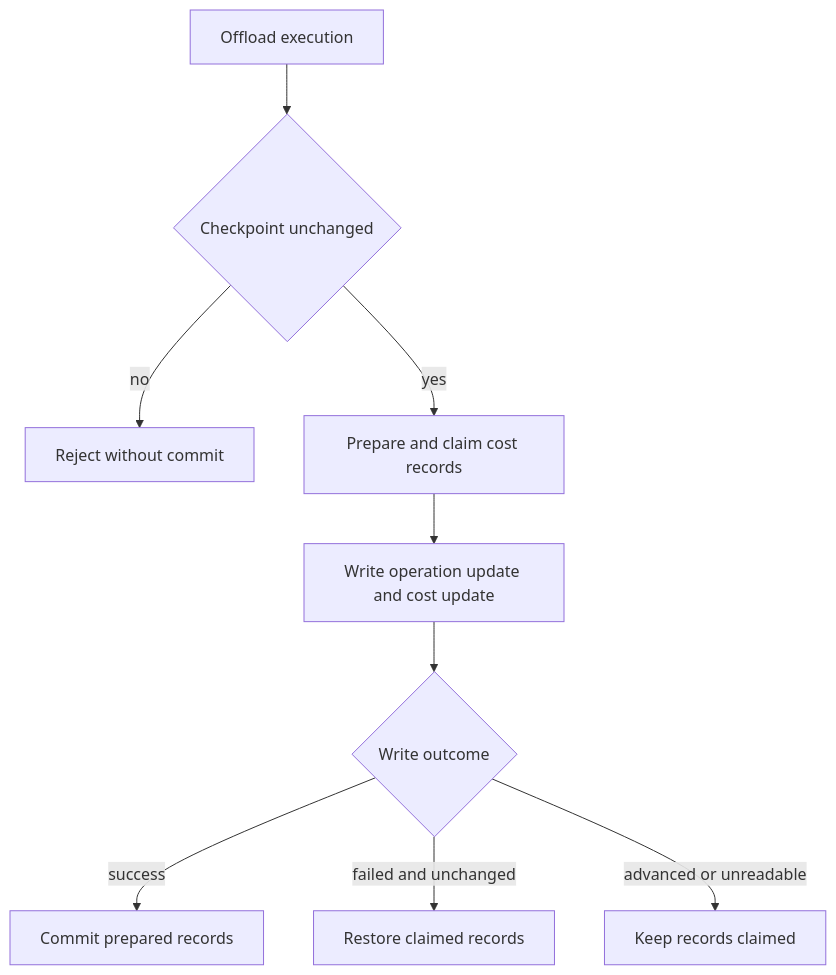
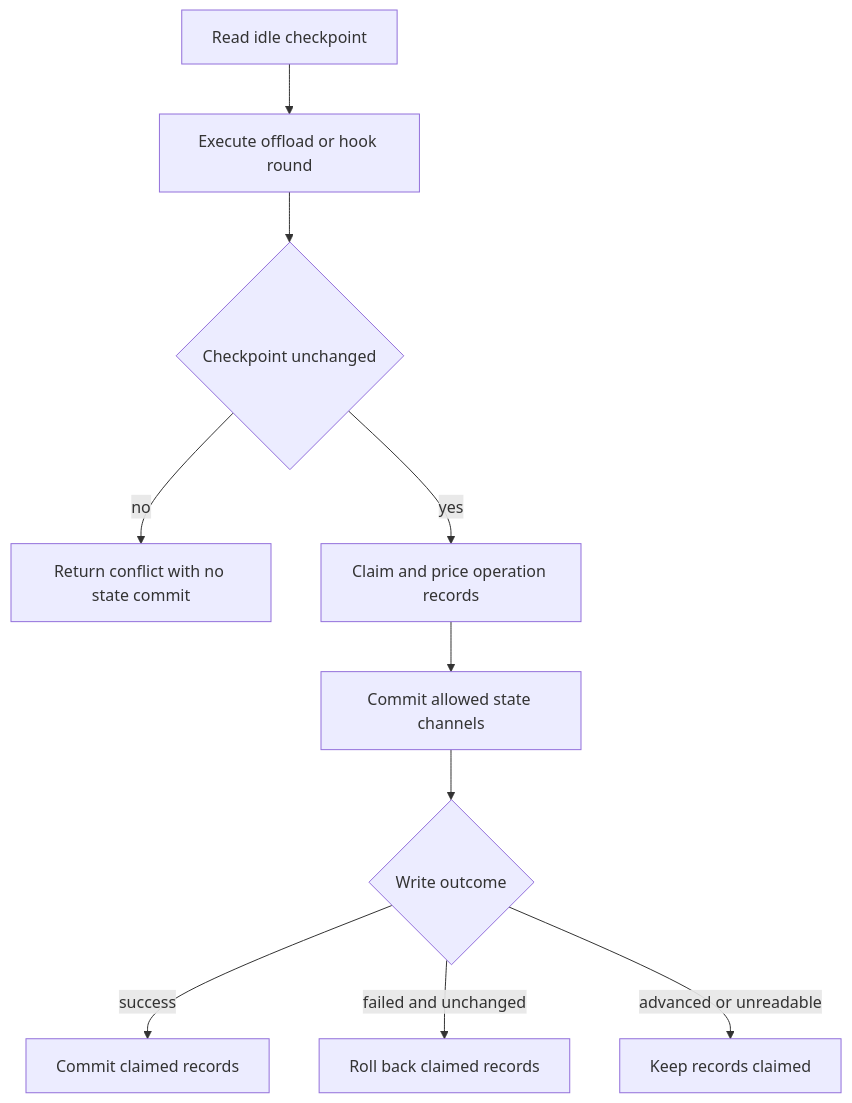
One commit to langchain-ai/deepagents changed the second of 2 diagrams in openwiki/operations/cost-and-sessions.md. Above: the diagram before and after it, drawn with Mermaid. The commit also changed other lines of this file and 41 other files, not shown here.

````diff
--- a/openwiki/operations/cost-and-sessions.md
+++ b/openwiki/operations/cost-and-sessions.md
@@ -132,11 +91,12 @@
 ```mermaid
 flowchart TD
-    run["Offload execution"] --> stable{"Checkpoint unchanged"}
-    stable -- "no" --> conflict["Reject without commit"]
-    stable -- "yes" --> prepare["Prepare and claim cost records"]
-    prepare --> write["Write operation update and cost update"]
-    write --> outcome{"Write outcome"}
-    outcome -- "success" --> commit["Commit prepared records"]
-    outcome -- "failed and unchanged" --> rollback["Restore claimed records"]
-    outcome -- "advanced or unreadable" --> claimed["Keep records claimed"]
+    start["Read idle checkpoint"] --> execute["Execute offload or hook round"]
+    execute --> changed{"Checkpoint unchanged"}
+    changed -- "no" --> conflict["Return conflict with no state commit"]
+    changed -- "yes" --> prepare["Claim and price operation records"]
+    prepare --> write["Commit allowed state channels"]
+    write --> result{"Write outcome"}
+    result -- "success" --> committed["Commit claimed records"]
+    result -- "failed and unchanged" --> restored["Roll back claimed records"]
+    result -- "advanced or unreadable" --> conservative["Keep records claimed"]
 ```
````
